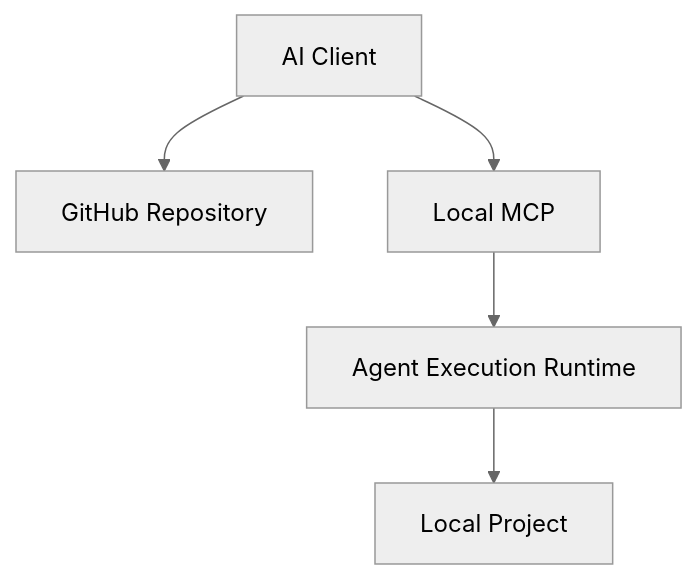
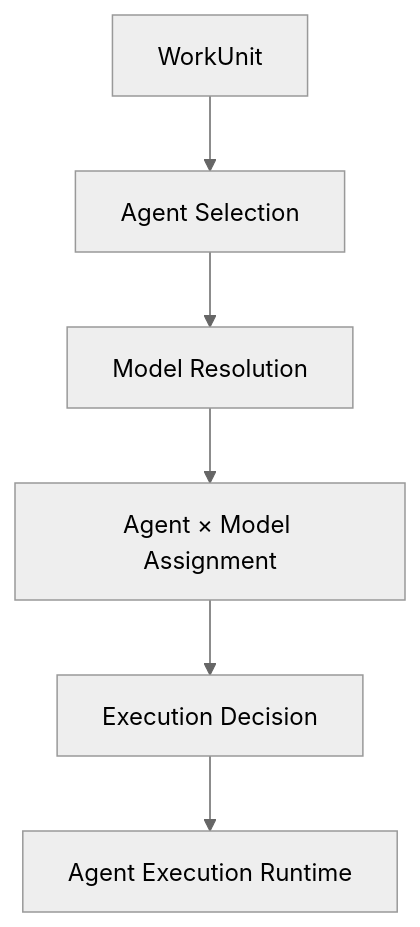
The fifth of 7 diagrams in README.md (eaglesjo/MultiAgentOS), drawn with Mermaid (neutral theme) before and after one commit. The commit also changed other lines of this file, not shown here.

Commit message:
docs: refresh README for 0.5.0 architecture

````diff
--- a/README.md
+++ b/README.md
@@ -192,10 +152,8 @@
-```mermaid
+~~~mermaid
 flowchart TB
-    CLIENT["AI Client"]
-
-    CLIENT --> GH["GitHub Repository"]
-    CLIENT --> MCP["Local MCP"]
-
-    MCP --> RUNTIME["Agent Execution Runtime"]
-    RUNTIME --> PROJECT["Local Project"]
-```
+    WORK["WorkUnit"] --> AGENT["Agent Selection"]
+    AGENT --> MODEL["Model Resolution"]
+    MODEL --> ASSIGN["Agent × Model Assignment"]
+    ASSIGN --> DECISION["Execution Decision"]
+    DECISION --> RUNTIME["Agent Execution Runtime"]
+~~~
````
